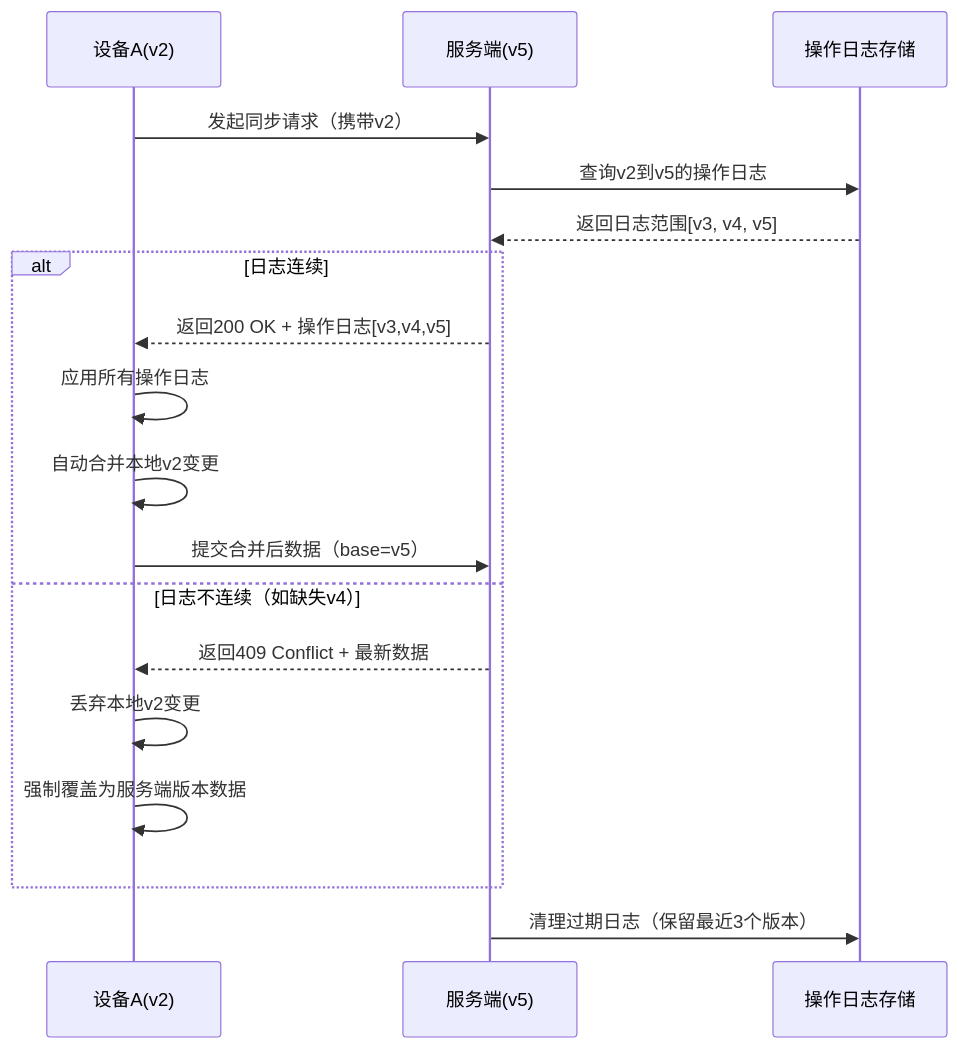
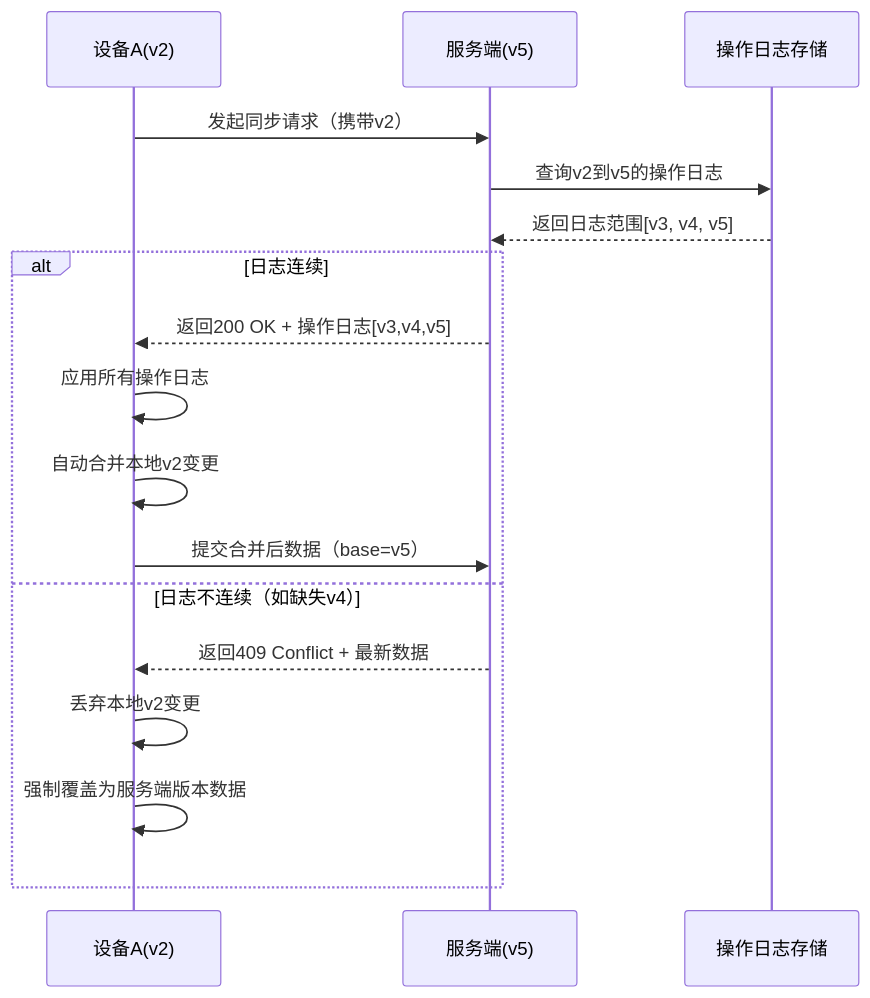
One commit to yingjianzh/iodraw-files changed the diagram in all/未命名-24.md. Above: the diagram before and after it, drawn with Mermaid.

Commit message:
2025-02-24 11:04:31 update

````diff
--- a/all/未命名-24.md
+++ b/all/未命名-24.md
@@ -1,27 +1,23 @@
 ```mermaid
 
 sequenceDiagram
     participant A as 设备A(v2)
     participant S as 服务端(v5)
     participant DB as 操作日志存储
 
 
     A->>S: 发起同步请求（携带v2）
     S->>DB: 查询v2到v5的操作日志
     DB-->>S: 返回日志范围[v3, v4, v5]
     
     alt 日志连续
         S-->>A: 返回200 OK + 操作日志[v3,v4,v5]
         A->>A: 应用所有操作日志
         A->>A: 自动合并本地v2变更
         A->>S: 提交合并后数据（base=v5）
     else 日志不连续（如缺失v4）
         S-->>A: 返回409 Conflict + 最新数据
         A->>A: 丢弃本地v2变更
         A->>A: 强制覆盖为服务端版本数据
-        
     end
-    
-    S->>DB: 清理过期日志（保留最近3个版本）
-
 ```
````
